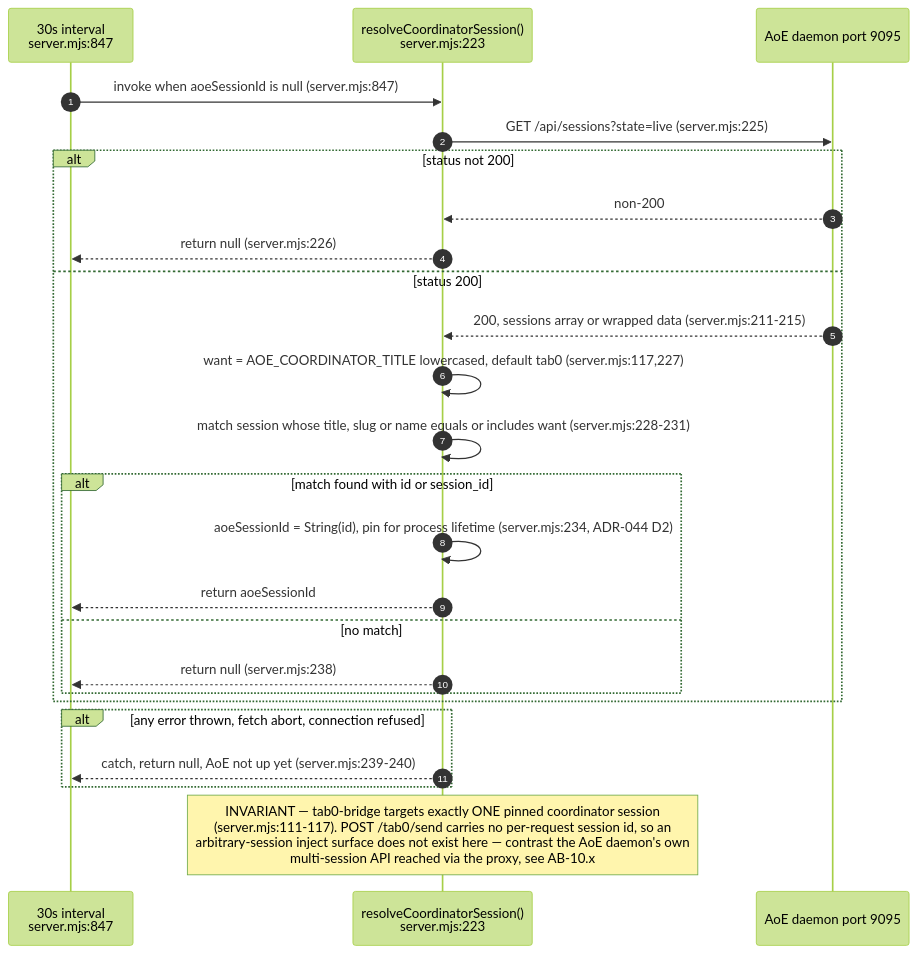
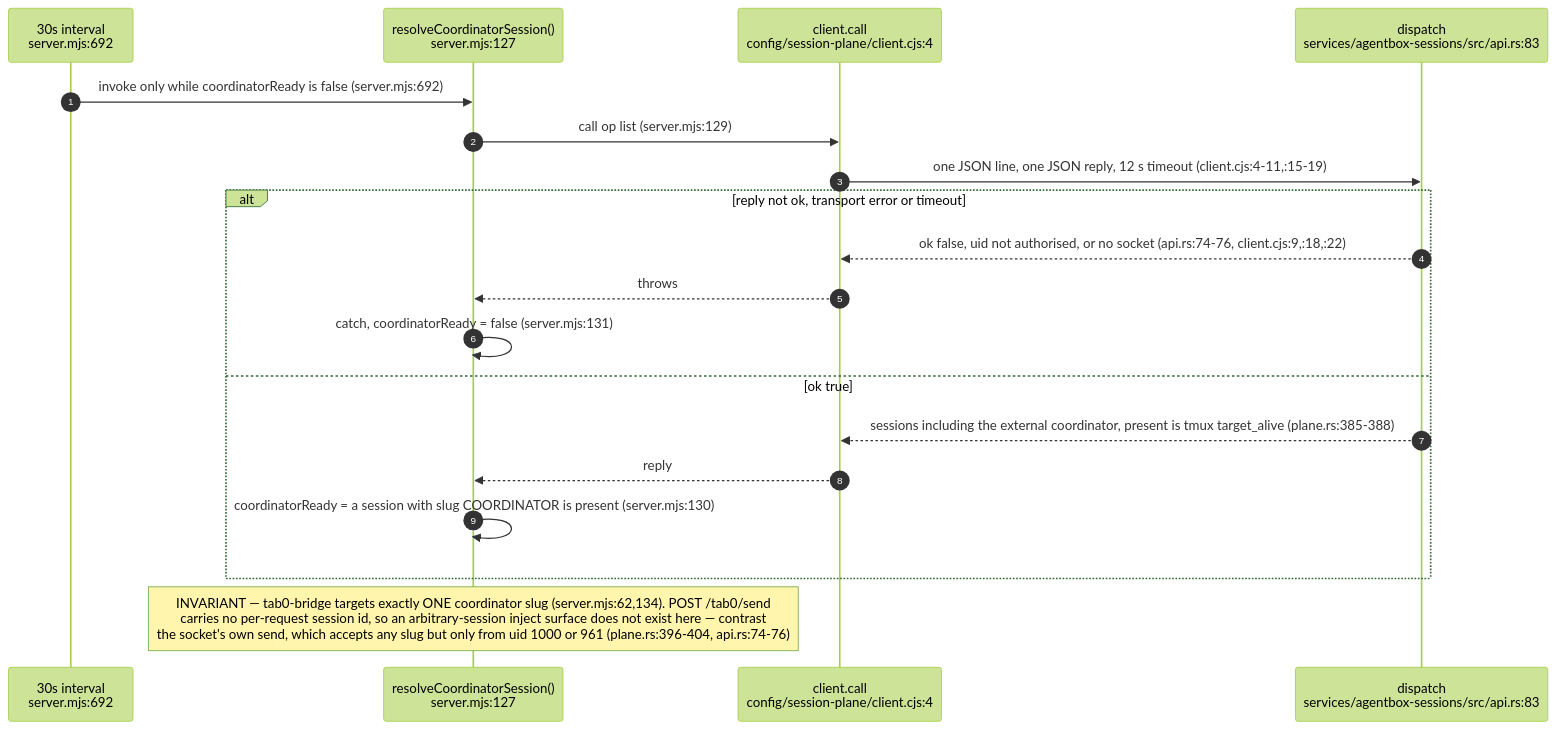
Before and after one commit to DreamLab-AI/VisionFlow: the fourth of 12 diagrams in docs/diagrams/agentbox/12-tab0-bridge-and-interaction-plane.md, drawn with Mermaid (forest theme). The commit also changed other lines of this file and 145 other files, not shown here.

````diff
--- a/docs/diagrams/agentbox/12-tab0-bridge-and-interaction-plane.md
+++ b/docs/diagrams/agentbox/12-tab0-bridge-and-interaction-plane.md
@@ -164,28 +172,22 @@
 ```mermaid
 sequenceDiagram
     autonumber
-    participant Ti as 30s interval<br/>server.mjs:847
-    participant R as resolveCoordinatorSession()<br/>server.mjs:223
-    participant AoEd as AoE daemon port 9095
+    participant Ti as 30s interval<br/>server.mjs:692
+    participant R as resolveCoordinatorSession()<br/>server.mjs:127
+    participant Cl as client.call<br/>config/session-plane/client.cjs:4
+    participant Sock as dispatch<br/>services/agentbox-sessions/src/api.rs:83
 
-    Ti->>R: invoke when aoeSessionId is null (server.mjs:847)
-    R->>AoEd: GET /api/sessions?state=live (server.mjs:225)
-    alt status not 200
-        AoEd-->>R: non-200
-        R-->>Ti: return null (server.mjs:226)
-    else status 200
-        AoEd-->>R: 200, sessions array or wrapped data (server.mjs:211-215)
-        R->>R: want = AOE_COORDINATOR_TITLE lowercased, default tab0 (server.mjs:117,227)
-        R->>R: match session whose title, slug or name equals or includes want (server.mjs:228-231)
-        alt match found with id or session_id
-            R->>R: aoeSessionId = String(id), pin for process lifetime (server.mjs:234, ADR-044 D2)
-            R-->>Ti: return aoeSessionId
-        else no match
-            R-->>Ti: return null (server.mjs:238)
-        end
+    Ti->>R: invoke only while coordinatorReady is false (server.mjs:692)
+    R->>Cl: call op list (server.mjs:129)
+    Cl->>Sock: one JSON line, one JSON reply, 12 s timeout (client.cjs:4-11,:15-19)
+    alt reply not ok, transport error or timeout
+        Sock-->>Cl: ok false, uid not authorised, or no socket (api.rs:74-76, client.cjs:9,:18,:22)
+        Cl-->>R: throws
+        R->>R: catch, coordinatorReady = false (server.mjs:131)
+    else ok true
+        Sock-->>Cl: sessions including the external coordinator, present is tmux target_alive (plane.rs:385-388)
+        Cl-->>R: reply
+        R->>R: coordinatorReady = a session with slug COORDINATOR is present (server.mjs:130)
     end
-    alt any error thrown, fetch abort, connection refused
-        R-->>Ti: catch, return null, AoE not up yet (server.mjs:239-240)
-    end
-Note over R: INVARIANT — tab0-bridge targets exactly ONE pinned coordinator session<br/>(server.mjs:111-117). POST /tab0/send carries no per-request session id, so an<br/>arbitrary-session inject surface does not exist here — contrast the AoE daemon's own<br/>multi-session API reached via the proxy, see AB-10.x
+Note over R: INVARIANT — tab0-bridge targets exactly ONE coordinator slug (server.mjs:62,134). POST /tab0/send<br/>carries no per-request session id, so an arbitrary-session inject surface does not exist here — contrast<br/>the socket's own send, which accepts any slug but only from uid 1000 or 961 (plane.rs:396-404, api.rs:74-76)
 ```
````
